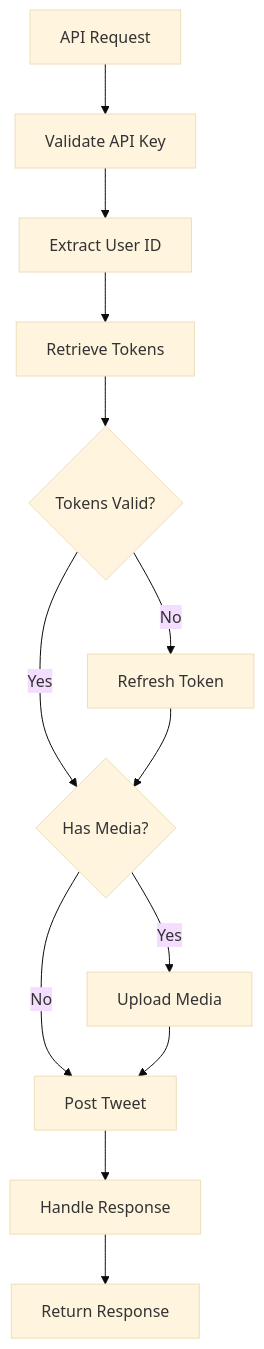
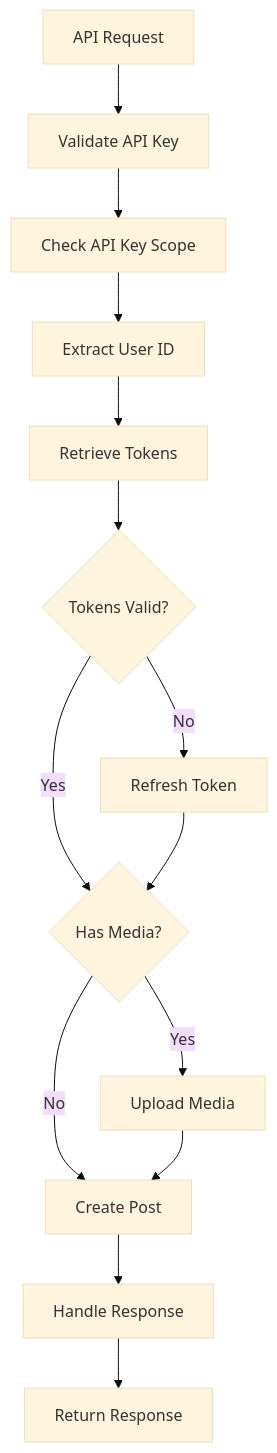
Before and after one commit to open-crosspost/open-crosspost-proxy-service: diagram 13 of 17 in memory-bank/systemPatterns.md, drawn with Mermaid (base theme). The commit also changed other lines of this file and 87 other files, not shown here.

````diff
--- a/memory-bank/systemPatterns.md
+++ b/memory-bank/systemPatterns.md
@@ -271,17 +429,18 @@
 ```mermaid
 flowchart TD
     Start[API Request] --> ValidateAPIKey[Validate API Key]
-    ValidateAPIKey --> ExtractUserId[Extract User ID]
+    ValidateAPIKey --> CheckScope[Check API Key Scope]
+    CheckScope --> ExtractUserId[Extract User ID]
     ExtractUserId --> GetTokens[Retrieve Tokens]
     GetTokens --> CheckTokens{Tokens Valid?}
     CheckTokens -->|No| RefreshToken[Refresh Token]
     CheckTokens -->|Yes| ProcessMedia{Has Media?}
     RefreshToken --> ProcessMedia
     
     ProcessMedia -->|Yes| UploadMedia[Upload Media]
-    ProcessMedia -->|No| PostTweet[Post Tweet]
-    UploadMedia --> PostTweet
+    ProcessMedia -->|No| CreatePost[Create Post]
+    UploadMedia --> CreatePost
     
-    PostTweet --> HandleResponse[Handle Response]
+    CreatePost --> HandleResponse[Handle Response]
     HandleResponse --> ReturnResponse[Return Response]
 ```
````
